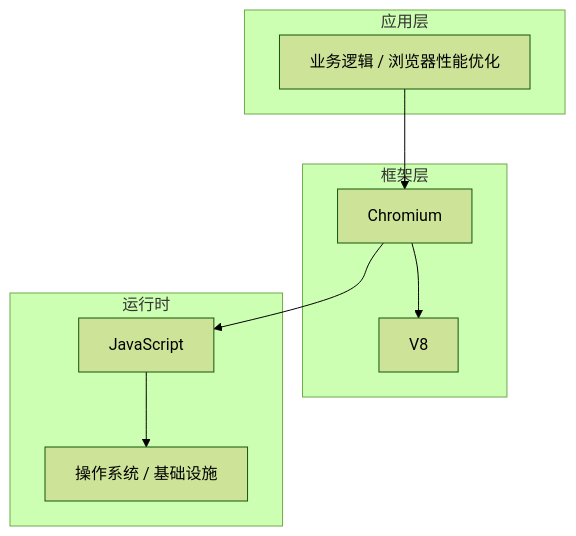
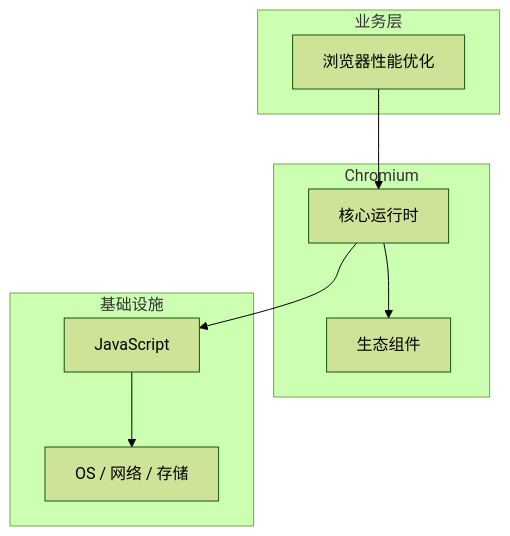
One commit to yanggan2015/knowledge-json-v2 changed the diagram in articles/浏览器原理/chapters/096-浏览器性能优化核心概念与原理.md. Above: the diagram before and after it, drawn with Mermaid (forest theme). The commit also changed other lines of this file and 10127 other files, not shown here.

````diff
--- a/articles/浏览器原理/chapters/096-浏览器性能优化核心概念与原理.md
+++ b/articles/浏览器原理/chapters/096-浏览器性能优化核心概念与原理.md
@@ -45,18 +34,18 @@
 ```mermaid
 graph TB
-    subgraph 应用层
-        A[业务逻辑 / 浏览器性能优化]
+    subgraph 业务层
+        A[浏览器性能优化]
     end
-    subgraph 框架层
-        B[Chromium]
-        C[V8]
+    subgraph Chromium
+        B[核心运行时]
+        C[生态组件]
     end
-    subgraph 运行时
+    subgraph 基础设施
         D[JavaScript]
-        E[操作系统 / 基础设施]
+        E[OS / 网络 / 存储]
     end
     A --> B
     B --> C
     B --> D
     D --> E
 ```
````
